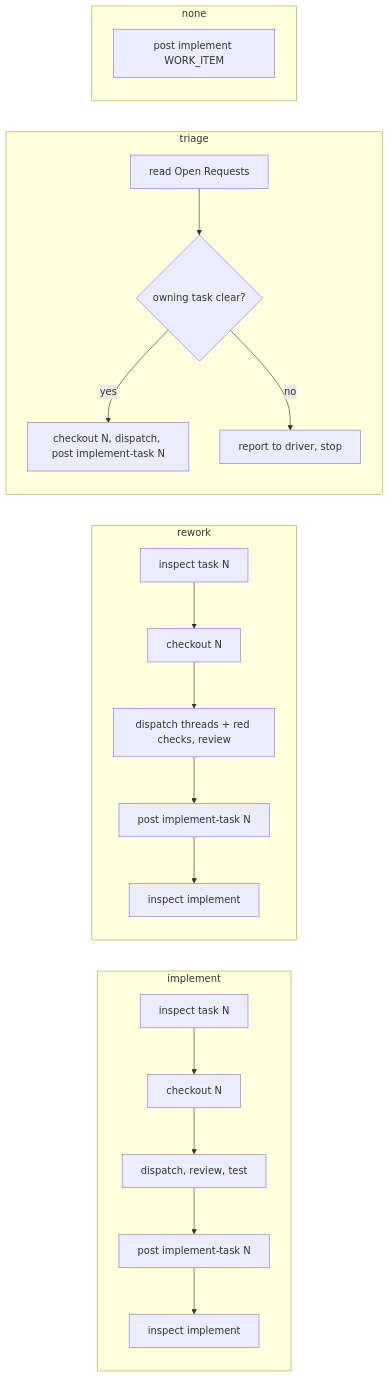
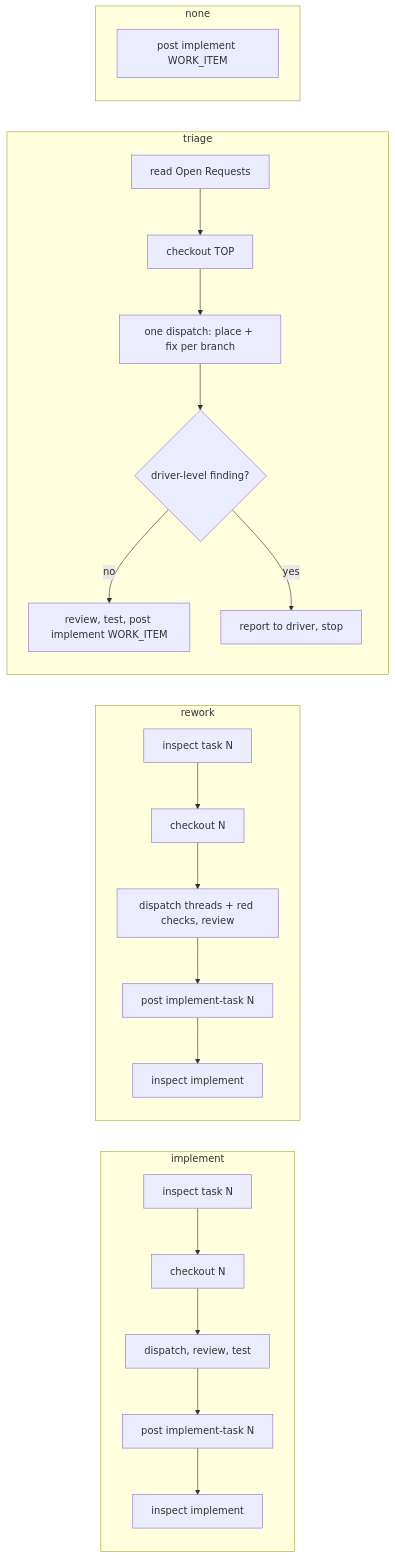
One commit to wsimf/pdlc changed the third of 3 diagrams in docs/implement-modes-plan.md. Above: the diagram before and after it, drawn with Mermaid. The commit also changed other lines of this file and 16 other files, not shown here.

First line of the commit message:
feat: implement post escalate command to handle driver decisions

````diff
--- a/docs/implement-modes-plan.md
+++ b/docs/implement-modes-plan.md
@@ -113,17 +115,17 @@
 ```mermaid
 flowchart LR
     subgraph implement
         i1[inspect task N] --> i2[checkout N] --> i3[dispatch, review, test] --> i4[post implement-task N] --> i5[inspect implement]
     end
     subgraph rework
         r1[inspect task N] --> r2[checkout N] --> r3[dispatch threads + red checks, review] --> r4[post implement-task N] --> r5[inspect implement]
     end
     subgraph triage
-        d1[read Open Requests] --> d2{owning task clear?}
-        d2 -- yes --> d3[checkout N, dispatch, post implement-task N]
-        d2 -- no --> d4[report to driver, stop]
+        d1[read Open Requests] --> d2[checkout TOP] --> d3[one dispatch: place + fix per branch] --> d4{driver-level finding?}
+        d4 -- no --> d5[review, test, post implement WORK_ITEM]
+        d4 -- yes --> d6[report to driver, stop]
     end
     subgraph none
         n1[post implement WORK_ITEM]
     end
 ```
````
